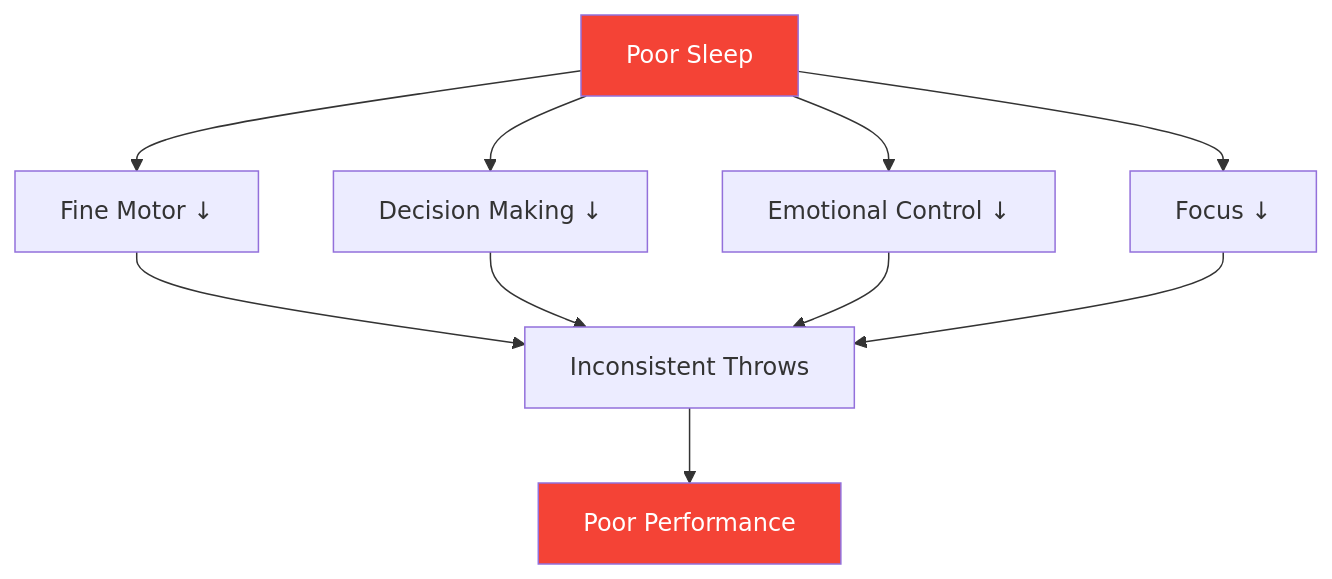
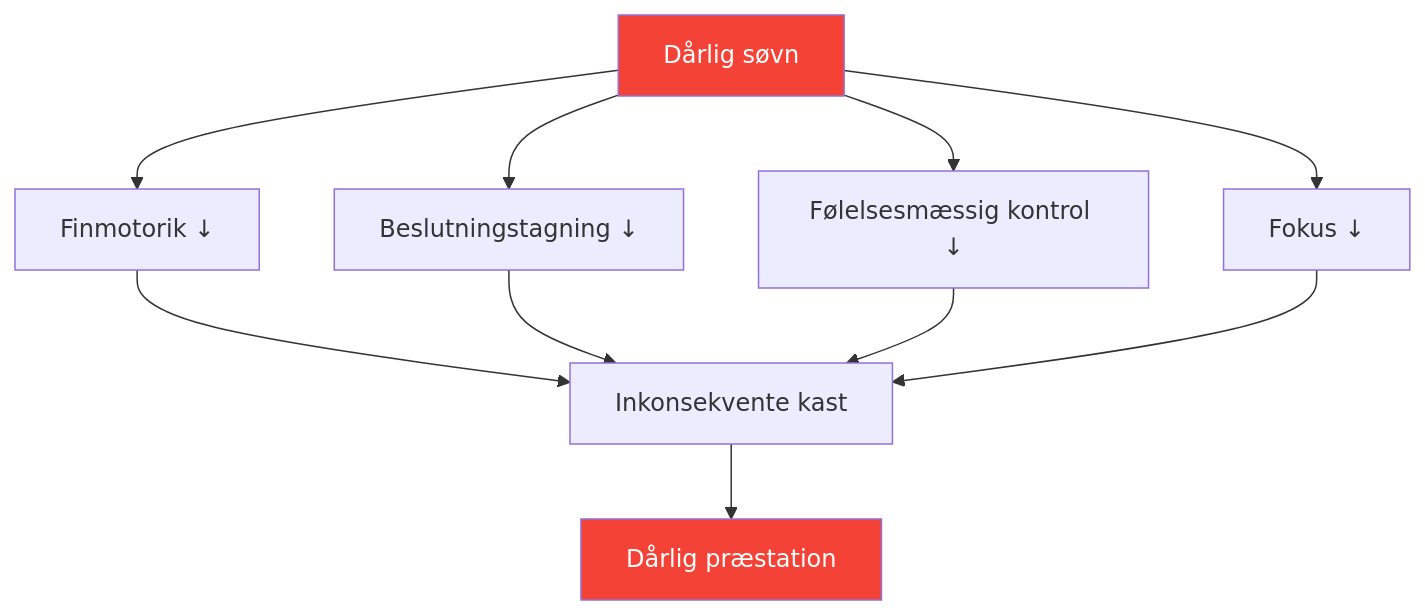
The diagram in docs/da/articles/sleep-performance.md (patwii/petanque-academy), drawn with Mermaid before and after one commit. The commit also changed other lines of this file and 550 other files, not shown here.

````diff
--- a/docs/da/articles/sleep-performance.md
+++ b/docs/da/articles/sleep-performance.md
@@ -16,17 +16,17 @@
 ```mermaid
 flowchart TD
-    A[Poor Sleep] --> B[Fine Motor ↓]
-    A --> C[Decision Making ↓]
-    A --> D[Emotional Control ↓]
-    A --> E[Focus ↓]
+    A[Dårlig søvn] --> B[Finmotorik ↓]
+    A --> C[Beslutningstagning ↓]
+    A --> D[Følelsesmæssig kontrol ↓]
+    A --> E[Fokus ↓]
 
-    B --> F[Inconsistent Throws]
+    B --> F[Inkonsekvente kast]
     C --> F
     D --> F
     E --> F
 
-    F --> G[Poor Performance]
+    F --> G[Dårlig præstation]
 
     style A fill:#f44336,color:#fff
     style G fill:#f44336,color:#fff
 ```
````
